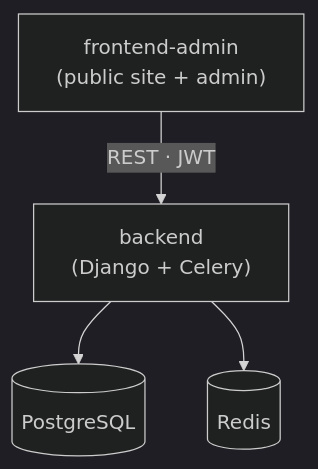
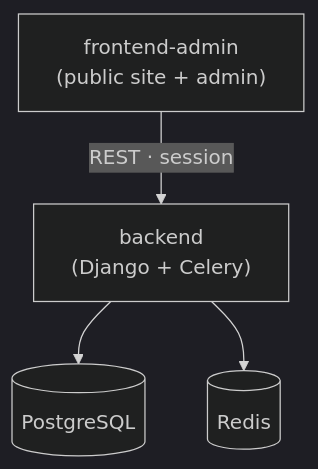
Before and after one commit to BSStudio/request-manager: the diagram in README.md, drawn with Mermaid (dark theme). The commit also changed other lines of this file and 28 other files, not shown here.

Commit message:
Switch the frontend from JWT to session cookies with CSRF and same-origin API calls

````diff
--- a/README.md
+++ b/README.md
@@ -30,6 +30,6 @@
 ```mermaid
 flowchart TD
-    frontend["frontend-admin<br/>(public site + admin)"] -->|REST · JWT| backend
+    frontend["frontend-admin<br/>(public site + admin)"] -->|REST · session| backend
     backend["backend<br/>(Django + Celery)"] --> postgres[("PostgreSQL")]
     backend --> redis[("Redis")]
 ```
````
